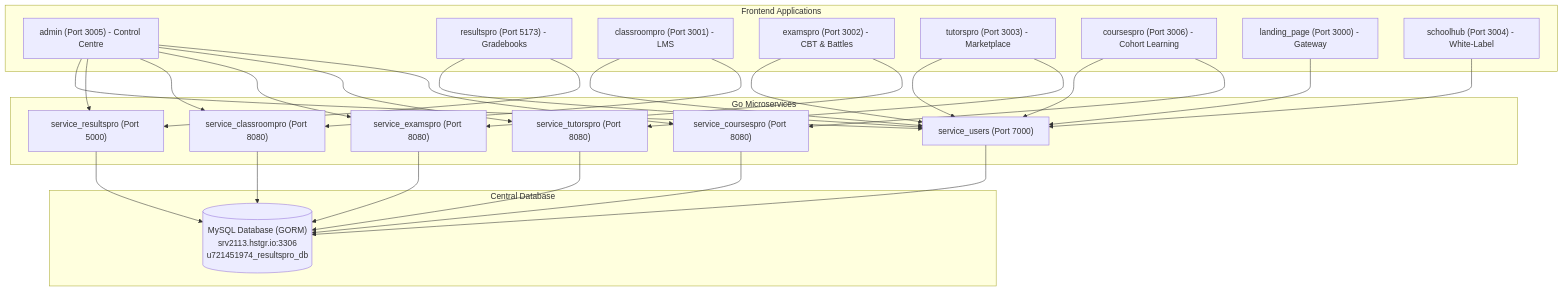
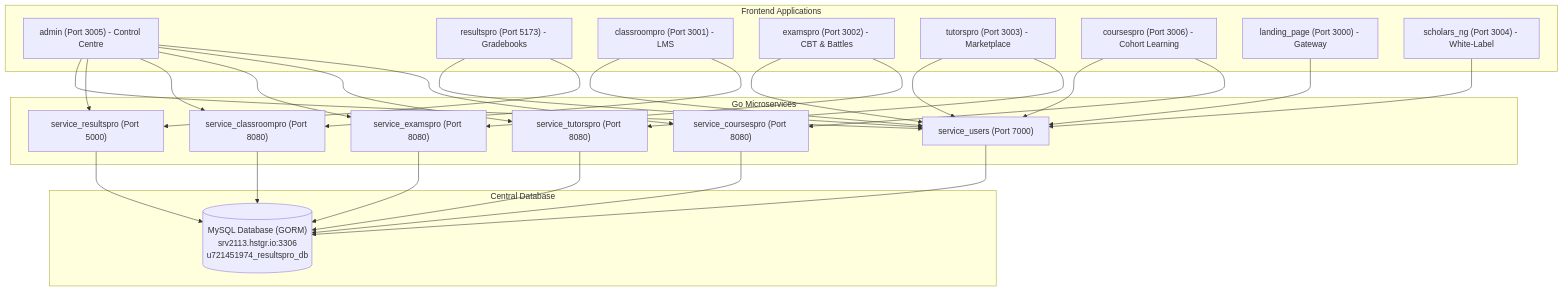
The diagram in README.md (ifeanyireed/resultspro-suite), drawn with Mermaid before and after one commit. The commit also changed other lines of this file and 376 other files, not shown here.

Commit message:
refactor: rename schoolhub to scholars_ng across codebase

````diff
--- a/README.md
+++ b/README.md
@@ -9,58 +9,58 @@
 ```mermaid
 graph TD
     subgraph Frontend Applications
         A["admin (Port 3005) - Control Centre"]
         B["resultspro (Port 5173) - Gradebooks"]
         C["classroompro (Port 3001) - LMS"]
         D["examspro (Port 3002) - CBT & Battles"]
         E["tutorspro (Port 3003) - Marketplace"]
         F["coursespro (Port 3006) - Cohort Learning"]
         G["landing_page (Port 3000) - Gateway"]
-        H["schoolhub (Port 3004) - White-Label"]
+        H["scholars_ng (Port 3004) - White-Label"]
     end
 
     subgraph Go Microservices
         S1["service_users (Port 7000)"]
         S2["service_resultspro (Port 5000)"]
         S3["service_classroompro (Port 8080)"]
         S4["service_examspro (Port 8080)"]
         S5["service_tutorspro (Port 8080)"]
         S6["service_coursespro (Port 8080)"]
     end
 
     subgraph Central Database
         DB[("MySQL Database (GORM)<br>srv2113.hstgr.io:3306<br>u721451974_resultspro_db")]
     end
 
     A --> S1
     A --> S2
     A --> S3
     A --> S4
     A --> S5
     A --> S6
 
     B --> S1
     B --> S2
 
     C --> S1
     C --> S3
 
     D --> S1
     D --> S4
 
     E --> S1
     E --> S5
 
     F --> S1
     F --> S6
 
     G --> S1
     H --> S1
 
     S1 --> DB
     S2 --> DB
     S3 --> DB
     S4 --> DB
     S5 --> DB
     S6 --> DB
 ```
````
